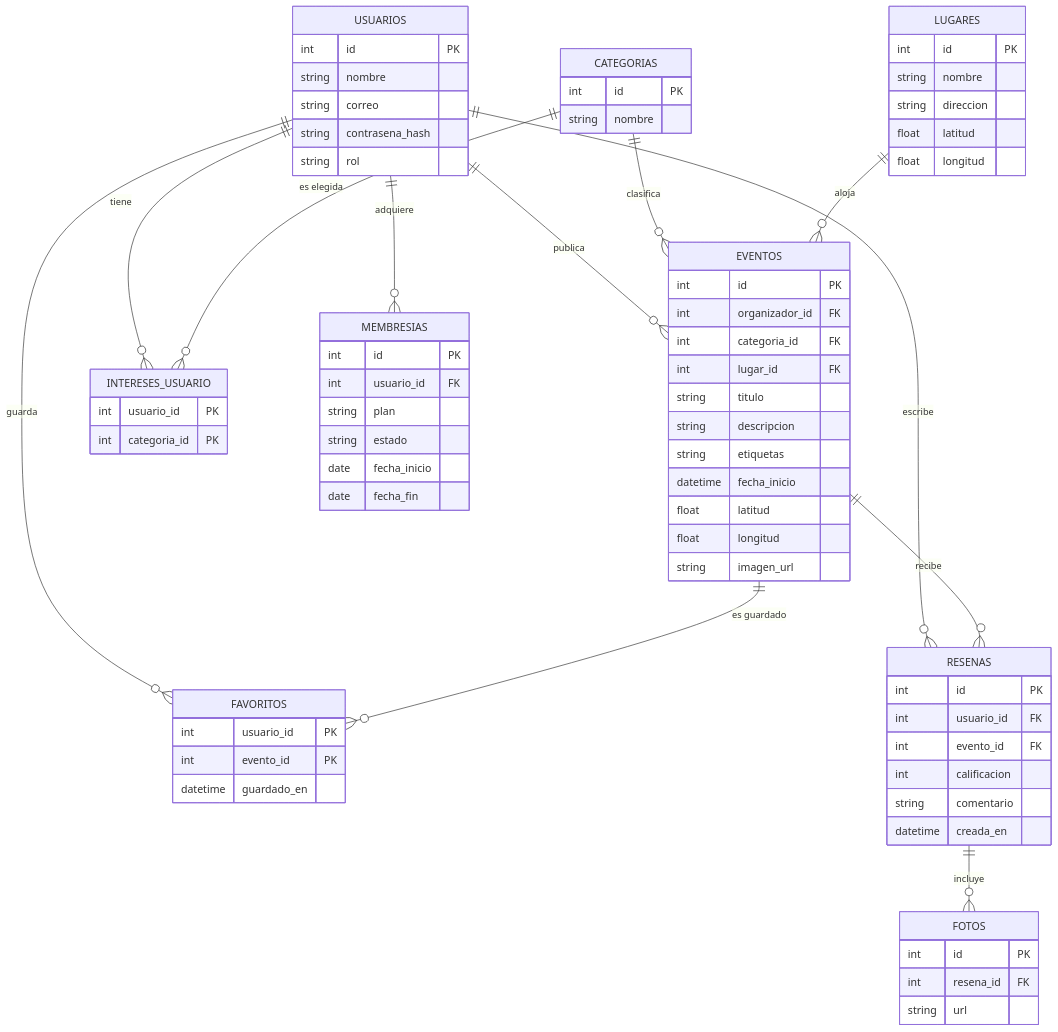
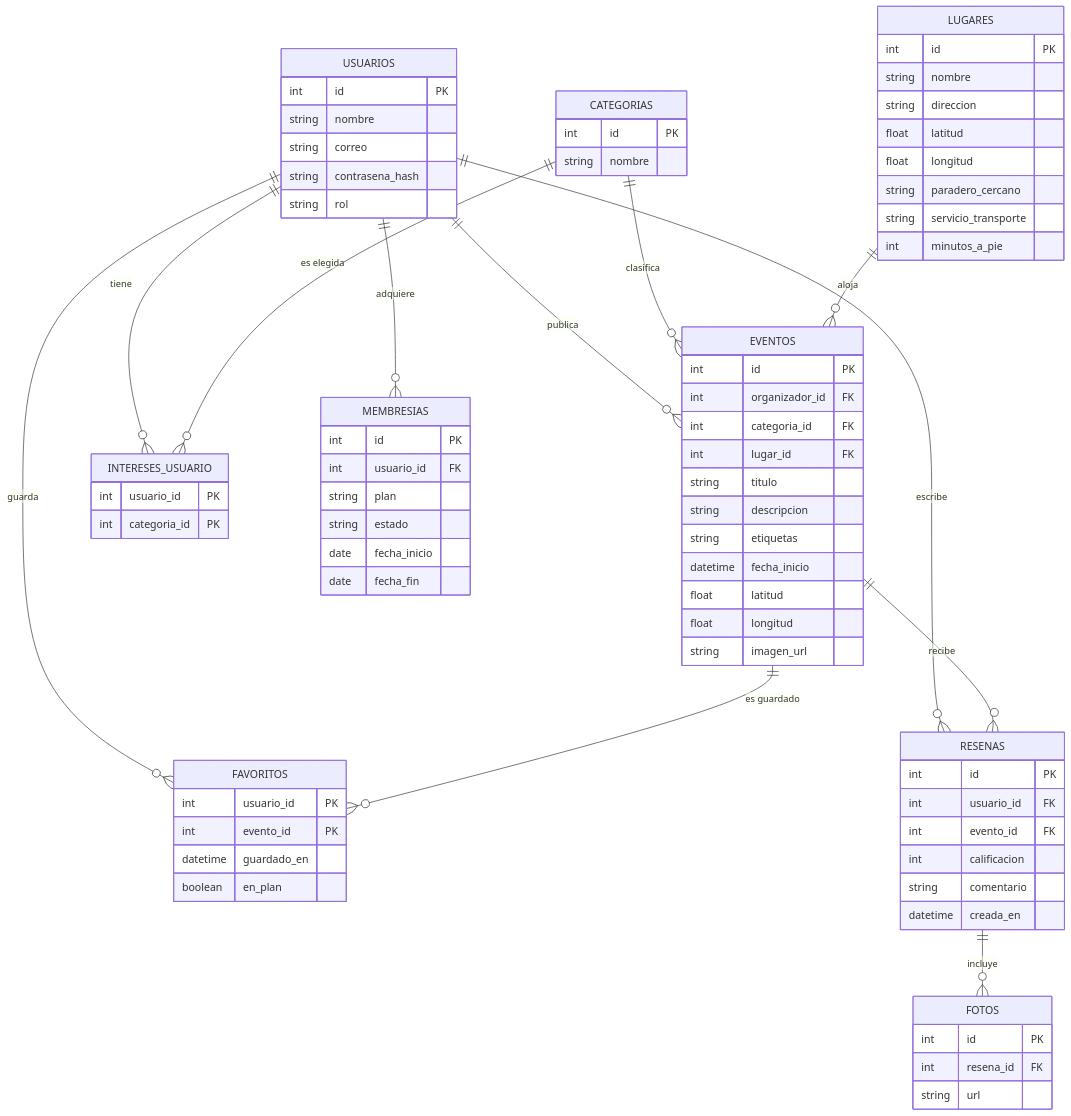
Before and after one commit to anngiepp/RunaGo: the diagram in docs/er-runago.mmd, drawn with Mermaid. The commit also changed 5 other files, not shown here.

First line of the commit message:
feat(api): ficha de transporte en lugares y plan en favoritos

```diff
--- a/docs/er-runago.mmd
+++ b/docs/er-runago.mmd
@@ -1,73 +1,77 @@
 erDiagram
   USUARIOS ||--o{ EVENTOS : publica
   CATEGORIAS ||--o{ EVENTOS : clasifica
   LUGARES ||--o{ EVENTOS : aloja
   USUARIOS ||--o{ FAVORITOS : guarda
   EVENTOS ||--o{ FAVORITOS : "es guardado"
   USUARIOS ||--o{ INTERESES_USUARIO : tiene
   CATEGORIAS ||--o{ INTERESES_USUARIO : "es elegida"
   USUARIOS ||--o{ MEMBRESIAS : adquiere
   USUARIOS ||--o{ RESENAS : escribe
   EVENTOS ||--o{ RESENAS : recibe
   RESENAS ||--o{ FOTOS : incluye
   USUARIOS {
     int id PK
     string nombre
     string correo
     string contrasena_hash
     string rol
   }
   EVENTOS {
     int id PK
     int organizador_id FK
     int categoria_id FK
     int lugar_id FK
     string titulo
     string descripcion
     string etiquetas
     datetime fecha_inicio
     float latitud
     float longitud
     string imagen_url
   }
   LUGARES {
     int id PK
     string nombre
     string direccion
     float latitud
     float longitud
+    string paradero_cercano
+    string servicio_transporte
+    int minutos_a_pie
   }
   CATEGORIAS {
     int id PK
     string nombre
   }
   FAVORITOS {
     int usuario_id PK
     int evento_id PK
     datetime guardado_en
+    boolean en_plan
   }
   INTERESES_USUARIO {
     int usuario_id PK
     int categoria_id PK
   }
   MEMBRESIAS {
     int id PK
     int usuario_id FK
     string plan
     string estado
     date fecha_inicio
     date fecha_fin
   }
   RESENAS {
     int id PK
     int usuario_id FK
     int evento_id FK
     int calificacion
     string comentario
     datetime creada_en
   }
   FOTOS {
     int id PK
     int resena_id FK
     string url
   }
```
